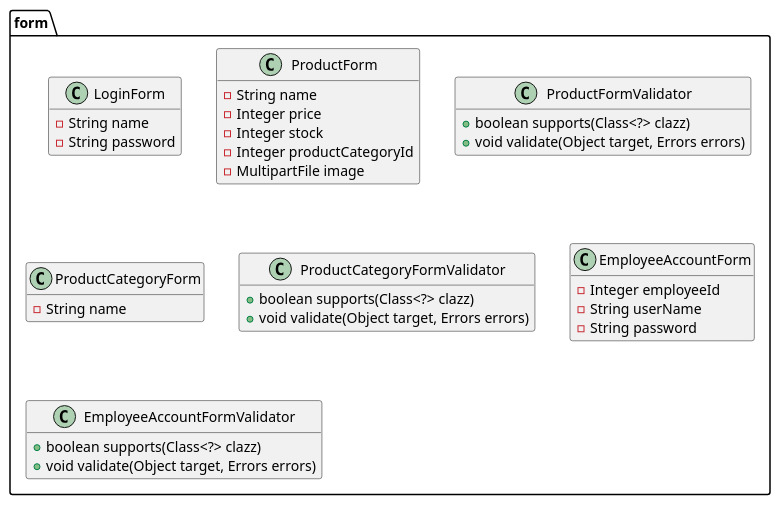
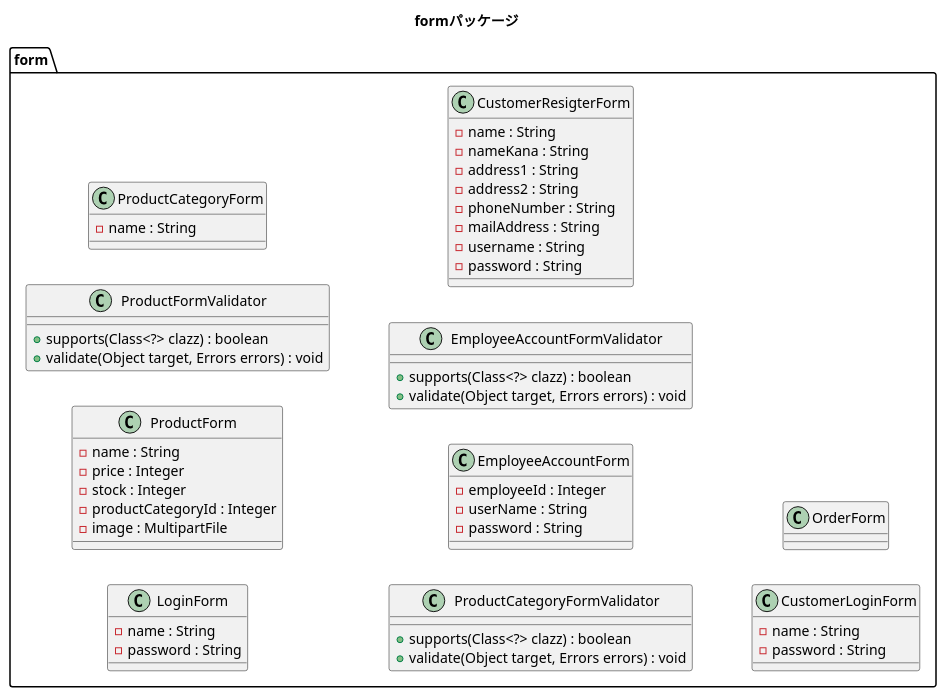
One commit to imagepit/fullness-ec changed the diagram in plan/diagram/class/package_form.puml. Above: the diagram before and after it, drawn with PlantUML. The commit also changed 89 other files, not shown here.

```diff
--- a/plan/diagram/class/package_form.puml
+++ b/plan/diagram/class/package_form.puml
@@ -1,42 +1,56 @@
 @startuml
 
-skinparam shadowing false
-hide empty methods
-hide empty fields
-'left to right direction
+title formパッケージ
+left to right direction
 
 package form {
-    class LoginForm{
-        - String name
-        - String password
+    class "LoginForm" as LoginForm{
+        - name : String
+        - password : String
     }
-    class ProductForm{
-        - String name
-        - Integer price
-        - Integer stock
-        - Integer productCategoryId
-        - MultipartFile image
+    class "ProductForm" as ProductForm{
+        - name : String
+        - price : Integer
+        - stock : Integer
+        - productCategoryId : Integer
+        - image : MultipartFile
     }
-    class ProductFormValidator{
-        + boolean supports(Class<?> clazz)
-        + void validate(Object target, Errors errors)
+    class "ProductFormValidator" as ProductFormValidator{
+        + supports(Class<?> clazz) : boolean 
+        + validate(Object target, Errors errors) : void 
     }
-    class ProductCategoryForm{
-        - String name
+    class "ProductCategoryForm" as ProductCategoryForm{
+        - name : String
     }
-    class ProductCategoryFormValidator{
-        + boolean supports(Class<?> clazz)
-        + void validate(Object target, Errors errors)
+    class "ProductCategoryFormValidator" as ProductCategoryFormValidator{
+        + supports(Class<?> clazz) : boolean 
+        + validate(Object target, Errors errors) : void
     }
-    class EmployeeAccountForm{
-        - Integer employeeId
-        - String userName
-        - String password
+    class "EmployeeAccountForm" as EmployeeAccountForm{
+        - employeeId : Integer
+        - userName : String
+        - password : String
     }
-    class EmployeeAccountFormValidator{
-        + boolean supports(Class<?> clazz)
-        + void validate(Object target, Errors errors)
+    class "EmployeeAccountFormValidator" as EmployeeAccountFormValidator{
+        + supports(Class<?> clazz) : boolean 
+        + validate(Object target, Errors errors) : void 
+    }
+    class "CustomerResigterForm" as CustomerResigterForm{
+        - name : String
+        - nameKana : String
+        - address1 : String
+        - address2 : String
+        - phoneNumber : String
+        - mailAddress : String
+        - username : String
+        - password : String
+    }
+    class "CustomerLoginForm" as CustomerLoginForm{
+        - name : String
+        - password : String
+    }
+    class "OrderForm" as OrderForm{
     }
 }
 
 @enduml
```
